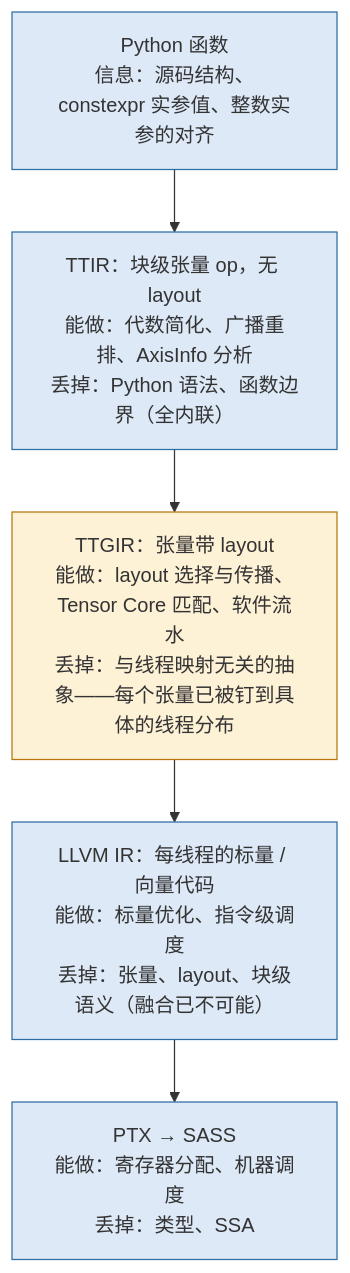
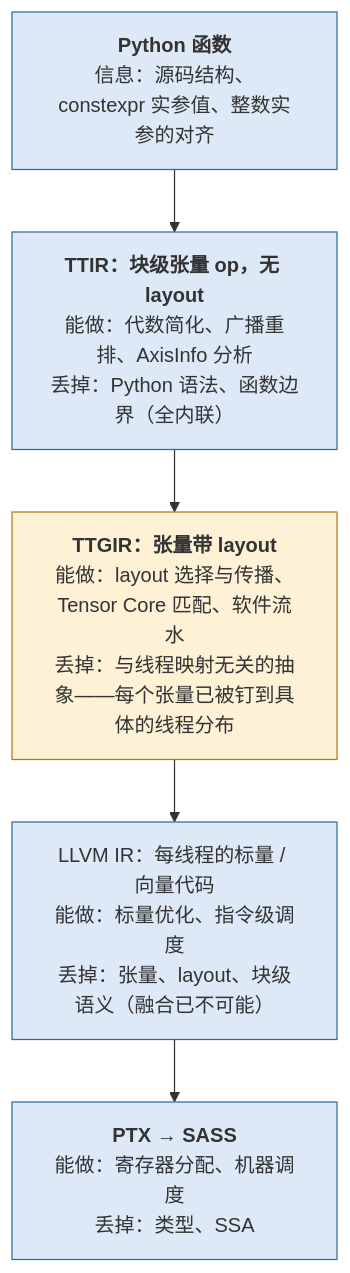
Before and after one commit to arganzheng/arganzheng.github.com: the seventh of 8 diagrams in _posts/2026-11-22-compiler-skeleton-ir-ssa-and-passes.md, drawn with Mermaid. The commit also changed other lines of this file and 8 other files, not shown here.

First line of the commit message:
ML 编译器内部：从 SSA、MLIR 到 Triton 编译器：Mermaid 多行方框的首行标为标题（9 篇）

````diff
--- a/_posts/2026-11-22-compiler-skeleton-ir-ssa-and-passes.md
+++ b/_posts/2026-11-22-compiler-skeleton-ir-ssa-and-passes.md
@@ -717,15 +717,15 @@
 ```mermaid
 %% 图：Triton 的渐进式下降：Python → TTIR（无 layout）→ TTGIR（带 layout）→ LLVM IR（每线程标量）→ PTX / SASS，每层能做什么、丢掉什么
 flowchart TB
-    py["Python 函数<br/>信息：源码结构、constexpr 实参值、整数实参的对齐"]
-    ttir["TTIR：块级张量 op，无 layout<br/>能做：代数简化、广播重排、AxisInfo 分析<br/>丢掉：Python 语法、函数边界（全内联）"]
-    ttgir["TTGIR：张量带 layout<br/>能做：layout 选择与传播、Tensor Core 匹配、软件流水<br/>丢掉：与线程映射无关的抽象——每个张量已被钉到具体的线程分布"]
+    py["<b>Python 函数</b><br/>信息：源码结构、constexpr 实参值、整数实参的对齐"]
+    ttir["<b>TTIR：块级张量 op，无 layout</b><br/>能做：代数简化、广播重排、AxisInfo 分析<br/>丢掉：Python 语法、函数边界（全内联）"]
+    ttgir["<b>TTGIR：张量带 layout</b><br/>能做：layout 选择与传播、Tensor Core 匹配、软件流水<br/>丢掉：与线程映射无关的抽象——每个张量已被钉到具体的线程分布"]
     llir["LLVM IR：每线程的标量 / 向量代码<br/>能做：标量优化、指令级调度<br/>丢掉：张量、layout、块级语义（融合已不可能）"]
-    ptx["PTX → SASS<br/>能做：寄存器分配、机器调度<br/>丢掉：类型、SSA"]
+    ptx["<b>PTX → SASS</b><br/>能做：寄存器分配、机器调度<br/>丢掉：类型、SSA"]
     py --> ttir --> ttgir --> llir --> ptx
 
     classDef ir fill:#dde9f7,stroke:#2e6da4
     classDef hot fill:#fdf1d6,stroke:#b9770e
     class py,ttir,llir,ptx ir
     class ttgir hot
 ```
````
